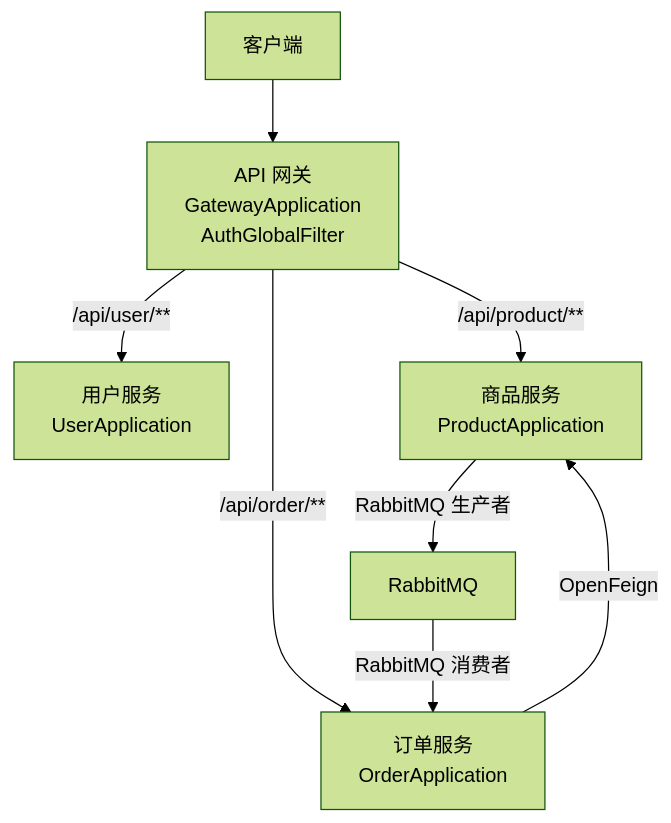
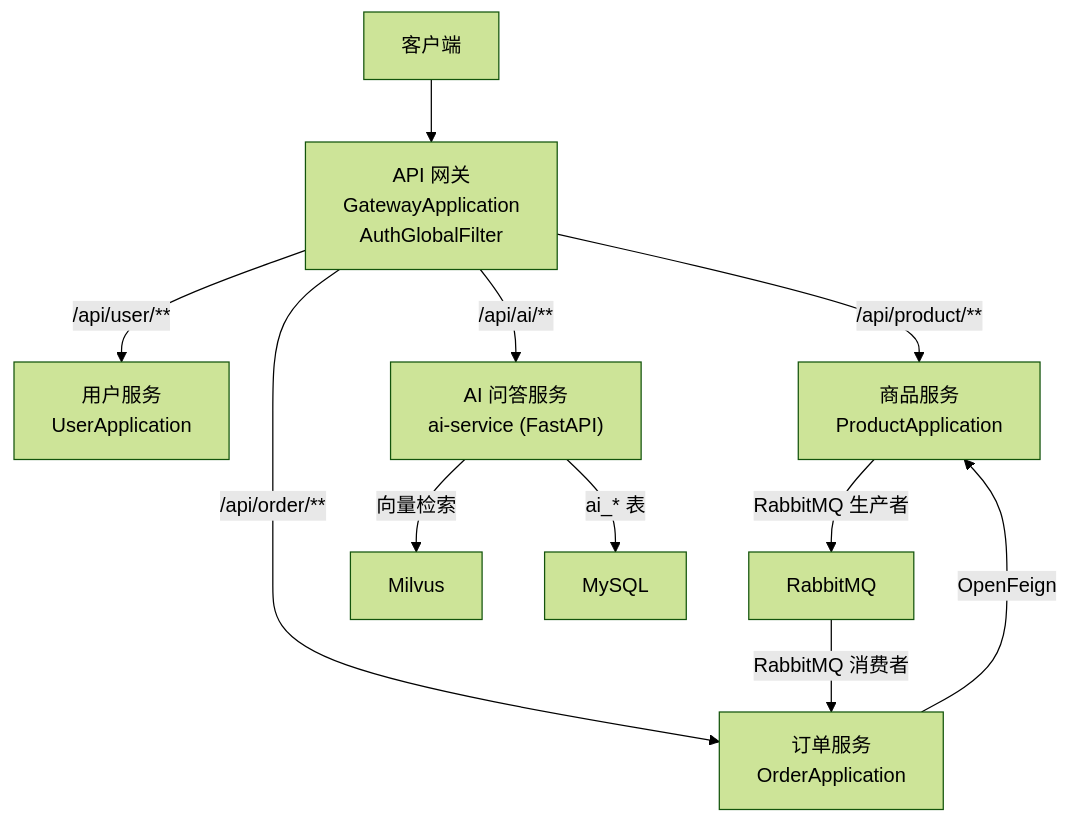
The second of 10 diagrams in .qoder/repowiki/zh/content/后端架构设计/后端架构设计.md (haohailiang/qoder-fullstack), drawn with Mermaid (forest theme) before and after one commit. The commit also changed other lines of this file and 33 other files, not shown here.

````diff
--- a/.qoder/repowiki/zh/content/后端架构设计/后端架构设计.md
+++ b/.qoder/repowiki/zh/content/后端架构设计/后端架构设计.md
@@ -74,10 +81,13 @@
 ```mermaid
 graph TB
 Client["客户端"] --> GW["API 网关<br/>GatewayApplication<br/>AuthGlobalFilter"]
 GW --> |/api/user/**| User["用户服务<br/>UserApplication"]
 GW --> |/api/product/**| Product["商品服务<br/>ProductApplication"]
 GW --> |/api/order/**| Order["订单服务<br/>OrderApplication"]
+GW --> |/api/ai/**| AI["AI 问答服务<br/>ai-service (FastAPI)"]
 Order --> |OpenFeign| Product
 Product --> |RabbitMQ 生产者| MQ["RabbitMQ"]
 MQ --> |RabbitMQ 消费者| Order
+AI --> |向量检索| Milvus["Milvus"]
+AI --> |ai_* 表| DB["MySQL"]
 ```
````
